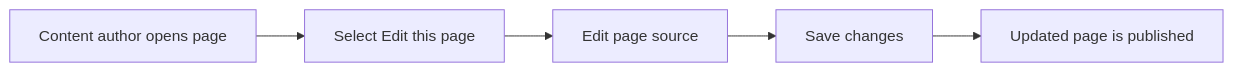
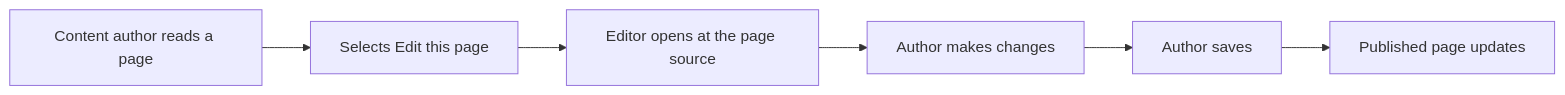
Before and after one commit to Mohita111/API2: the second of 2 diagrams in api2-documentation/plan_2026-11-02_f8890e/user-facing-docs/documentation.md, drawn with Mermaid. The commit also changed other lines of this file and 12 other files, not shown here.

````diff
--- a/api2-documentation/plan_2026-11-02_f8890e/user-facing-docs/documentation.md
+++ b/api2-documentation/plan_2026-11-02_f8890e/user-facing-docs/documentation.md
@@ -87,7 +43,8 @@
 ```mermaid
 graph LR
-    A[Content author opens page] --> B[Select Edit this page]
-    B --> C[Edit page source]
-    C --> D[Save changes]
-    D --> E[Updated page is published]
+    A[Content author reads a page] --> B[Selects Edit this page]
+    B --> C[Editor opens at the page source]
+    C --> D[Author makes changes]
+    D --> E[Author saves]
+    E --> F[Published page updates]
 ```
````
